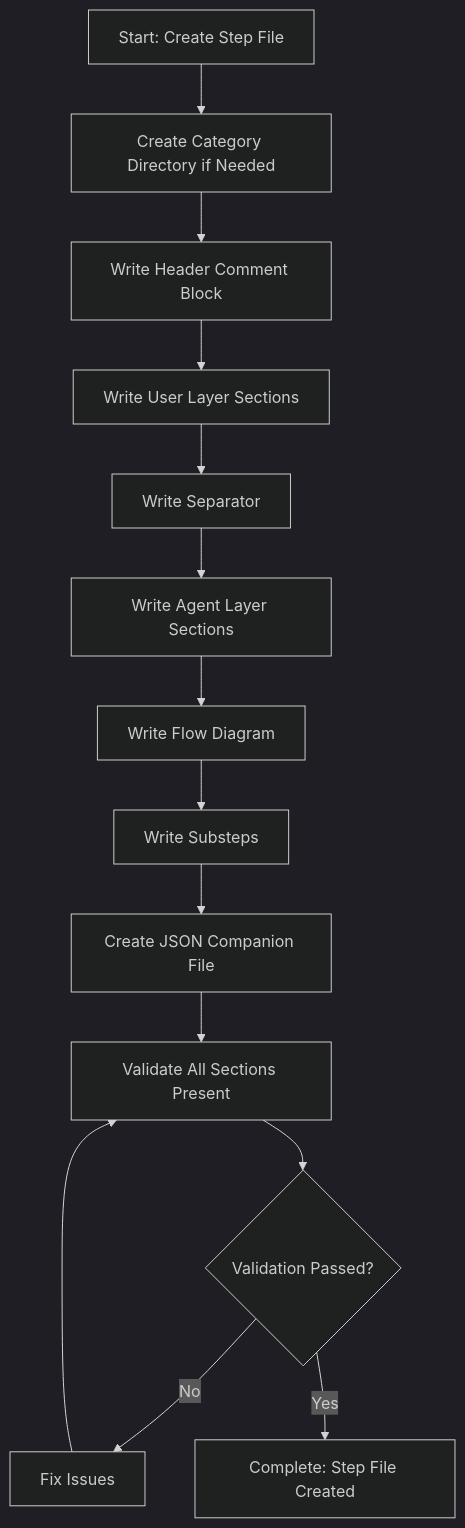
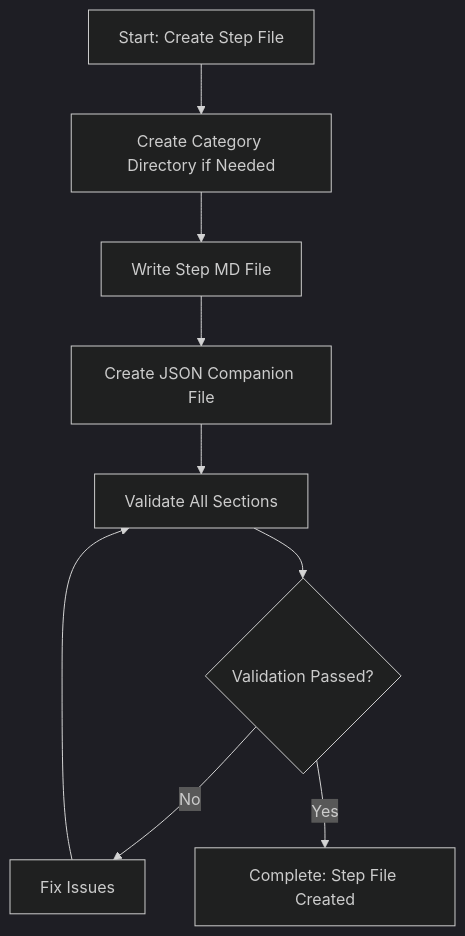
One commit to HMTools/agentic-processes changed the diagram in .processes/steps/template/create-step-file.md. Above: the diagram before and after it, drawn with Mermaid (dark theme). The commit also changed other lines of this file and 77 other files, not shown here.

First line of the commit message:
Transforms to JSON-first agent architecture

````diff
--- a/.processes/steps/template/create-step-file.md
+++ b/.processes/steps/template/create-step-file.md
@@ -67,16 +32,11 @@
 ```mermaid
 flowchart TD
     A[Start: Create Step File] --> B[Create Category Directory if Needed]
-    B --> C[Write Header Comment Block]
-    C --> D[Write User Layer Sections]
-    D --> E[Write Separator]
-    E --> F[Write Agent Layer Sections]
-    F --> G[Write Flow Diagram]
-    G --> H[Write Substeps]
-    H --> I[Create JSON Companion File]
-    I --> J[Validate All Sections Present]
-    J --> K{Validation Passed?}
-    K -->|No| L[Fix Issues]
-    L --> J
-    K -->|Yes| M[Complete: Step File Created]
+    B --> C[Write Step MD File]
+    C --> D[Create JSON Companion File]
+    D --> E[Validate All Sections]
+    E --> F{Validation Passed?}
+    F -->|No| G[Fix Issues]
+    G --> E
+    F -->|Yes| H[Complete: Step File Created]
 ```
````
